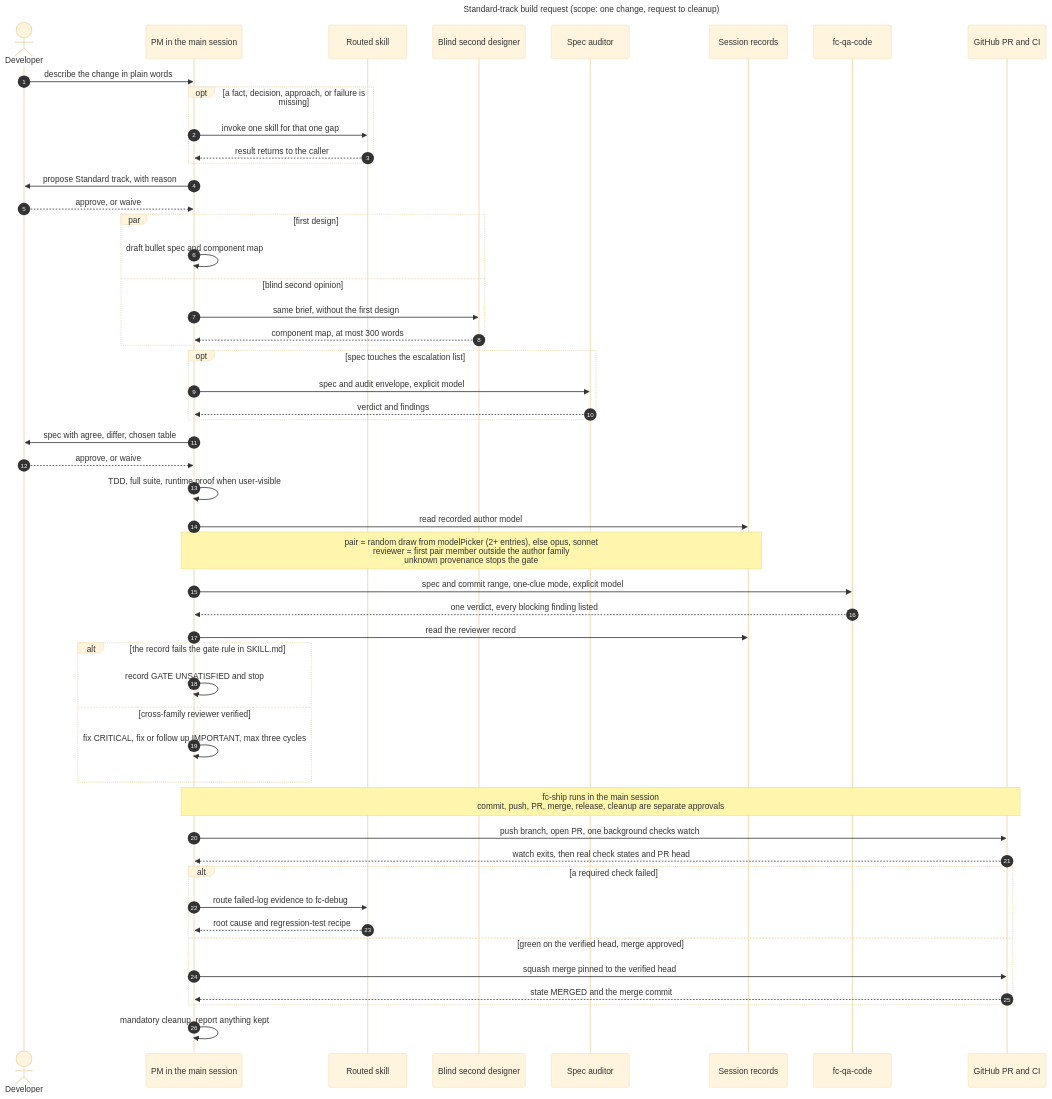
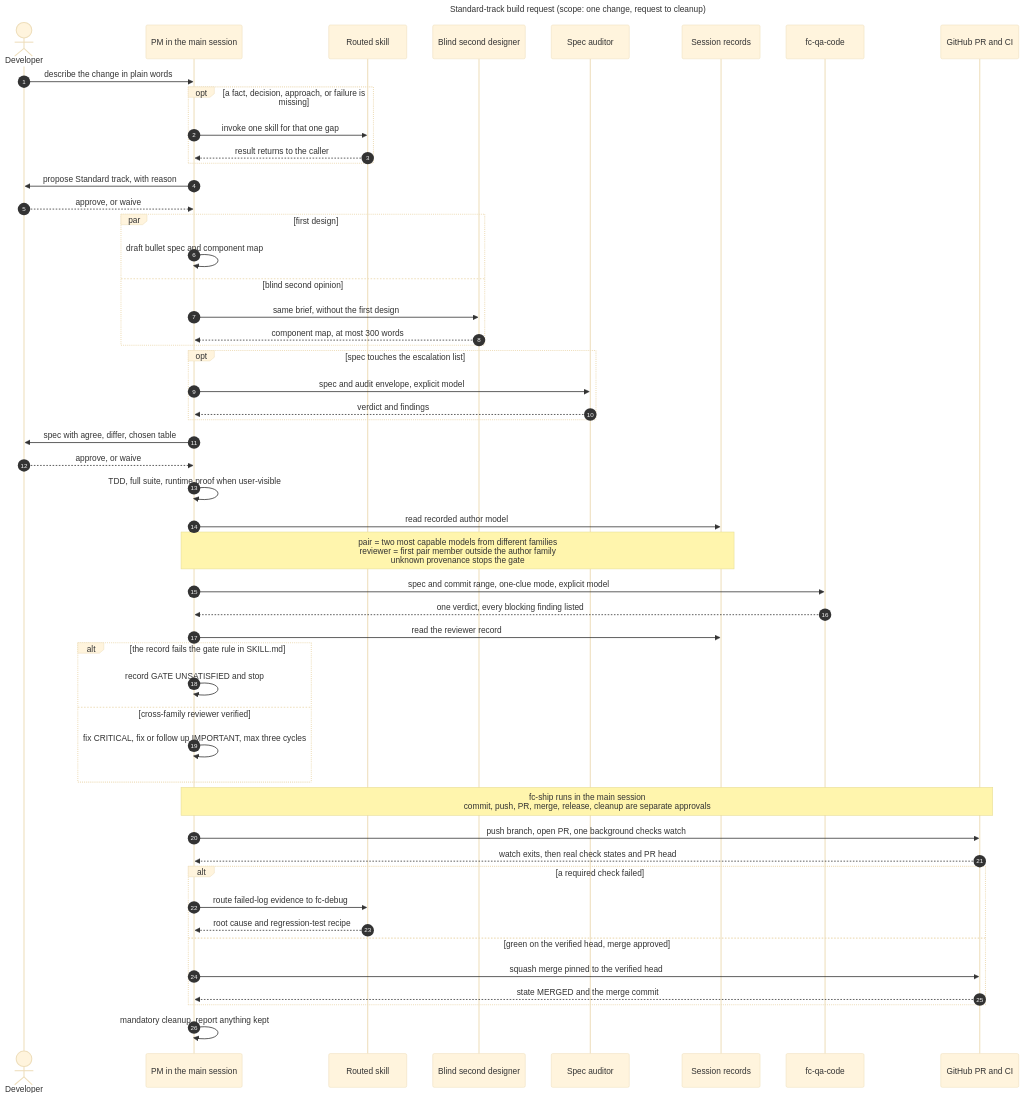
One commit to D0n9X1n/feature-crew changed the second of 2 diagrams in wiki/Architecture.md. Above: the diagram before and after it, drawn with Mermaid (base theme). The commit also changed 4 other files, not shown here.

First line of the commit message:
fix: let the agent choose the two most capable models from different families

````diff
--- a/wiki/Architecture.md
+++ b/wiki/Architecture.md
@@ -73,56 +73,56 @@
 ```mermaid
 ---
 title: "Standard-track build request (scope: one change, request to cleanup)"
 ---
 sequenceDiagram
     autonumber
     actor Dev as Developer
     participant PM as PM in the main session
     participant Sub as Routed skill
     participant SD as Blind second designer
     participant Aud as Spec auditor
     participant Rec as Session records
     participant QA as fc-qa-code
     participant GH as GitHub PR and CI
     Dev->>PM: describe the change in plain words
     opt a fact, decision, approach, or failure is missing
         PM->>Sub: invoke one skill for that one gap
         Sub-->>PM: result returns to the caller
     end
     PM->>Dev: propose Standard track, with reason
     Dev-->>PM: approve, or waive
     par first design
         PM->>PM: draft bullet spec and component map
     and blind second opinion
         PM->>SD: same brief, without the first design
         SD-->>PM: component map, at most 300 words
     end
     opt spec touches the escalation list
         PM->>Aud: spec and audit envelope, explicit model
         Aud-->>PM: verdict and findings
     end
     PM->>Dev: spec with agree, differ, chosen table
     Dev-->>PM: approve, or waive
     PM->>PM: TDD, full suite, runtime proof when user-visible
     PM->>Rec: read recorded author model
-    Note over PM,Rec: pair = random draw from modelPicker (2+ entries), else opus, sonnet<br/>reviewer = first pair member outside the author family<br/>unknown provenance stops the gate
+    Note over PM,Rec: pair = two most capable models from different families<br/>reviewer = first pair member outside the author family<br/>unknown provenance stops the gate
     PM->>QA: spec and commit range, one-clue mode, explicit model
     QA-->>PM: one verdict, every blocking finding listed
     PM->>Rec: read the reviewer record
     alt the record fails the gate rule in SKILL.md
         PM->>PM: record GATE UNSATISFIED and stop
     else cross-family reviewer verified
         PM->>PM: fix CRITICAL, fix or follow up IMPORTANT, max three cycles
     end
     Note over PM,GH: fc-ship runs in the main session<br/>commit, push, PR, merge, release, cleanup are separate approvals
     PM->>GH: push branch, open PR, one background checks watch
     GH-->>PM: watch exits, then real check states and PR head
     alt a required check failed
         PM->>Sub: route failed-log evidence to fc-debug
         Sub-->>PM: root cause and regression-test recipe
     else green on the verified head, merge approved
         PM->>GH: squash merge pinned to the verified head
         GH-->>PM: state MERGED and the merge commit
     end
     PM->>PM: mandatory cleanup, report anything kept
 ```
````
